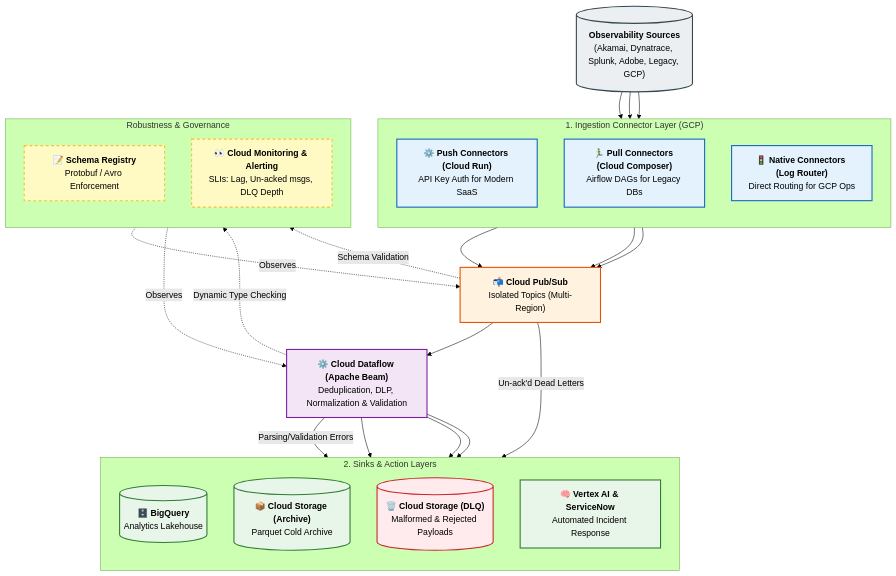
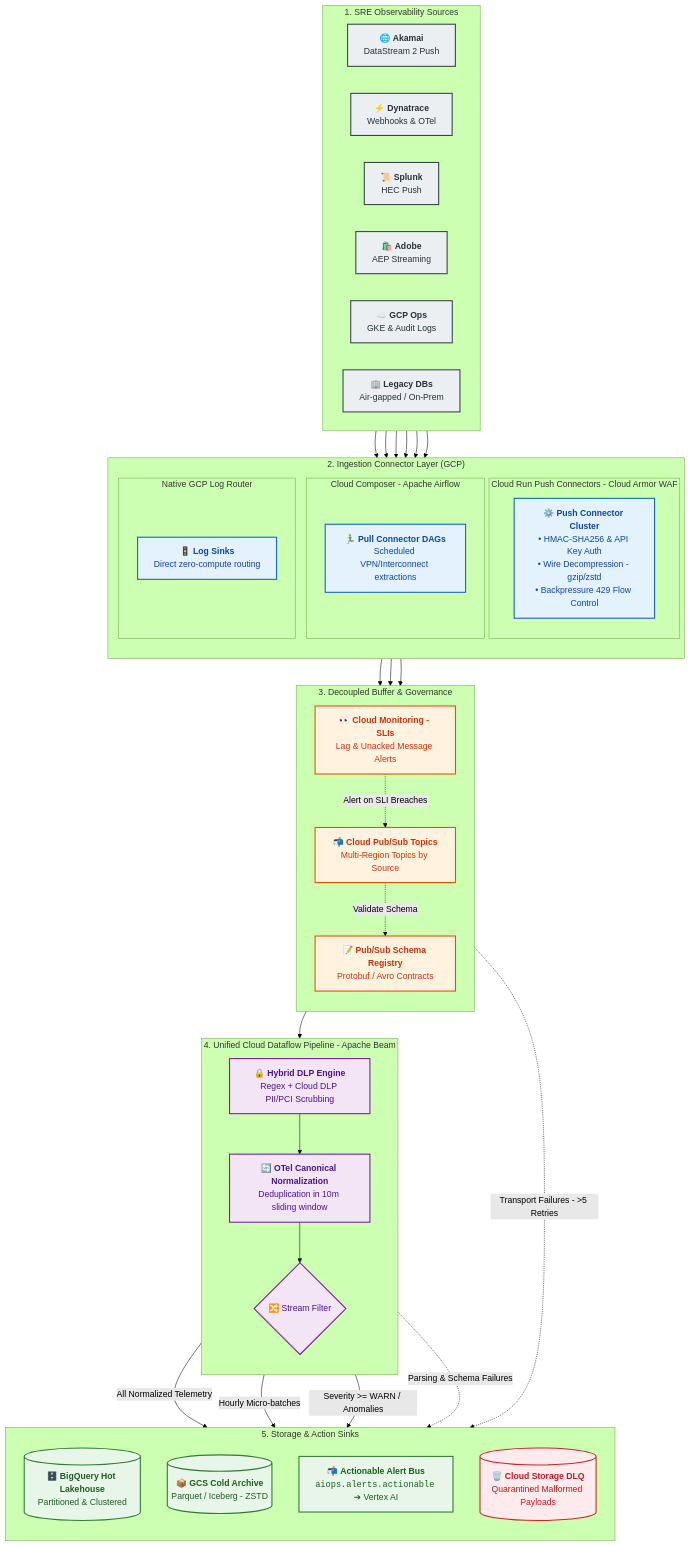
The first of 2 diagrams in docs/architecture/01_ingestion/ingestion_architecture.md (toanbui626391/aiops_architect), drawn with Mermaid (forest theme) before and after one commit. The commit also changed other lines of this file, not shown here.

Commit message:
update ingestions

````diff
--- a/docs/architecture/01_ingestion/ingestion_architecture.md
+++ b/docs/architecture/01_ingestion/ingestion_architecture.md
@@ -11,74 +11,90 @@
 ```mermaid
 flowchart TD
-    %% Sources
-    Sources[("<b>Observability Sources</b><br/>(Akamai, Dynatrace, Splunk, Adobe, Legacy, GCP)")]
-    
-    %% Connectors
-    subgraph Connectors ["1. Ingestion Connector Layer (GCP)"]
-        direction TB
-        Push["⚙️ <b>Push Connectors (Cloud Run)</b><br/>API Key Auth for Modern SaaS"]
-        Pull["🏃‍♂️ <b>Pull Connectors (Cloud Composer)</b><br/>Airflow DAGs for Legacy DBs"]
-        Native["🚦 <b>Native Connectors (Log Router)</b><br/>Direct Routing for GCP Ops"]
-    end
-    
-    %% Robustness Layer
-    subgraph Robustness ["Robustness & Governance"]
-        direction TB
-        SchemaReg["📝 <b>Schema Registry</b><br/>Protobuf / Avro Enforcement"]
-        Monitor["👀 <b>Cloud Monitoring & Alerting</b><br/>SLIs: Lag, Un-acked msgs, DLQ Depth"]
+    %% SOURCES
+    subgraph Sources["1. SRE Observability Sources"]
+        direction LR
+        S1["🌐 <b>Akamai</b><br/>DataStream 2 Push"]
+        S2["⚡ <b>Dynatrace</b><br/>Webhooks & OTel"]
+        S3["📜 <b>Splunk</b><br/>HEC Push"]
+        S4["🛍️ <b>Adobe</b><br/>AEP Streaming"]
+        S5["☁️ <b>GCP Ops</b><br/>GKE & Audit Logs"]
+        S6["🏢 <b>Legacy DBs</b><br/>Air-gapped / On-Prem"]
     end
 
-    %% Event Bus
-    PubSub["📬 <b>Cloud Pub/Sub</b><br/>Isolated Topics (Multi-Region)"]
-    
-    %% Stream Processing
-    Dataflow["⚙️ <b>Cloud Dataflow (Apache Beam)</b><br/>Deduplication, DLP, Normalization & Validation"]
-    
-    %% Bad Data & Sinks
-    subgraph Sinks ["2. Sinks & Action Layers"]
+    %% INGESTION CONNECTORS
+    subgraph Connectors["2. Ingestion Connector Layer (GCP)"]
         direction TB
-        BQ[("🗄️ <b>BigQuery</b><br/>Analytics Lakehouse")]
-        GCS[("📦 <b>Cloud Storage (Archive)</b><br/>Parquet Cold Archive")]
-        DLQ[("🗑️ <b>Cloud Storage (DLQ)</b><br/>Malformed & Rejected Payloads")]
-        Action["🧠 <b>Vertex AI & ServiceNow</b><br/>Automated Incident Response"]
+        subgraph PushTier["Cloud Run Push Connectors - Cloud Armor WAF"]
+            Push["⚙️ <b>Push Connector Cluster</b><br/>• HMAC-SHA256 & API Key Auth<br/>• Wire Decompression - gzip/zstd<br/>• Backpressure 429 Flow Control"]
+        end
+        subgraph PullTier["Cloud Composer - Apache Airflow"]
+            Pull["🏃‍♂️ <b>Pull Connector DAGs</b><br/>Scheduled VPN/Interconnect extractions"]
+        end
+        subgraph NativeTier["Native GCP Log Router"]
+            Native["🚦 <b>Log Sinks</b><br/>Direct zero-compute routing"]
+        end
     end
 
-    %% Flow
-    Sources --> Push
-    Sources --> Pull
-    Sources --> Native
-    
+    %% BUFFER & GOVERNANCE
+    subgraph EventBus["3. Decoupled Buffer & Governance"]
+        direction TB
+        PubSub["📬 <b>Cloud Pub/Sub Topics</b><br/>Multi-Region Topics by Source"]
+        SchemaReg["📝 <b>Pub/Sub Schema Registry</b><br/>Protobuf / Avro Contracts"]
+        Monitor["👀 <b>Cloud Monitoring - SLIs</b><br/>Lag & Unacked Message Alerts"]
+    end
+
+    %% STREAM PROCESSING
+    subgraph StreamEngine["4. Unified Cloud Dataflow Pipeline - Apache Beam"]
+        direction TB
+        DLP["🔒 <b>Hybrid DLP Engine</b><br/>Regex + Cloud DLP PII/PCI Scrubbing"]
+        Norm["🔄 <b>OTel Canonical Normalization</b><br/>Deduplication in 10m sliding window"]
+        Splitter{"🔀 Stream Filter"}
+    end
+
+    %% SINKS & ACTION
+    subgraph Sinks["5. Storage & Action Sinks"]
+        direction TB
+        BQ[("🗄️ <b>BigQuery Hot Lakehouse</b><br/>Partitioned & Clustered")]
+        GCS[("📦 <b>GCS Cold Archive</b><br/>Parquet / Iceberg - ZSTD")]
+        AlertTopic["📬 <b>Actionable Alert Bus</b><br/><code>aiops.alerts.actionable</code> ➔ Vertex AI"]
+        DLQ_GCS[("🗑️ <b>Cloud Storage DLQ</b><br/>Quarantined Malformed Payloads")]
+    end
+
+    %% INGESTION FLOWS
+    S1 & S2 & S3 & S4 --> Push
+    S6 --> Pull
+    S5 --> Native
+
     Push --> PubSub
     Pull --> PubSub
     Native --> PubSub
+
+    PubSub -.->|Validate Schema| SchemaReg
+    Monitor -.->|Alert on SLI Breaches| PubSub
+
+    PubSub --> DLP
+    DLP --> Norm
+    Norm --> Splitter
+
+    Splitter -->|All Normalized Telemetry| BQ
+    Splitter -->|Hourly Micro-batches| GCS
+    Splitter -->|Severity >= WARN / Anomalies| AlertTopic
     
-    PubSub -.->|Schema Validation| SchemaReg
-    Dataflow -.->|Dynamic Type Checking| SchemaReg
-    Monitor -.->|Observes| PubSub
-    Monitor -.->|Observes| Dataflow
+    PubSub -.->|Transport Failures - >5 Retries| DLQ_GCS
+    Norm -.->|Parsing & Schema Failures| DLQ_GCS
 
-    PubSub --> Dataflow
-    PubSub -->|Un-ack'd Dead Letters| DLQ
-    Dataflow -->|Parsing/Validation Errors| DLQ
-    
-    Dataflow --> BQ
-    Dataflow --> GCS
-    Dataflow --> Action
+    %% STYLING
+    classDef srcStyle fill:#ECEFF1,stroke:#37474F,stroke-width:2px,color:#263238;
+    classDef conStyle fill:#E3F2FD,stroke:#1565C0,stroke-width:2px,color:#0D47A1;
+    classDef psStyle fill:#FFF3E0,stroke:#E65100,stroke-width:2px,color:#BF360C;
+    classDef dfStyle fill:#F3E5F5,stroke:#7B1FA2,stroke-width:2px,color:#4A148C;
+    classDef sinkStyle fill:#E8F5E9,stroke:#2E7D32,stroke-width:2px,color:#1B5E20;
+    classDef dlqStyle fill:#FFEBEE,stroke:#C62828,stroke-width:2px,color:#B71C1C;
 
-    %% Styling
-    classDef srcStyle fill:#ECEFF1,stroke:#37474F,stroke-width:2px;
-    classDef conStyle fill:#E3F2FD,stroke:#1565C0,stroke-width:2px;
-    classDef psStyle fill:#FFF3E0,stroke:#E65100,stroke-width:2px;
-    classDef dfStyle fill:#F3E5F5,stroke:#7B1FA2,stroke-width:2px;
-    classDef sinkStyle fill:#E8F5E9,stroke:#2E7D32,stroke-width:2px;
-    classDef robStyle fill:#FFF9C4,stroke:#FBC02D,stroke-width:2px,stroke-dasharray: 5 5;
-    classDef dlqStyle fill:#FFEBEE,stroke:#C62828,stroke-width:2px;
-
-    class Sources srcStyle;
+    class S1,S2,S3,S4,S5,S6 srcStyle;
     class Push,Pull,Native conStyle;
-    class PubSub psStyle;
-    class Dataflow dfStyle;
-    class BQ,GCS,Action sinkStyle;
-    class SchemaReg,Monitor robStyle;
-    class DLQ dlqStyle;
+    class PubSub,SchemaReg,Monitor psStyle;
+    class DLP,Norm,Splitter dfStyle;
+    class BQ,GCS,AlertTopic sinkStyle;
+    class DLQ_GCS dlqStyle;
 ```
````
